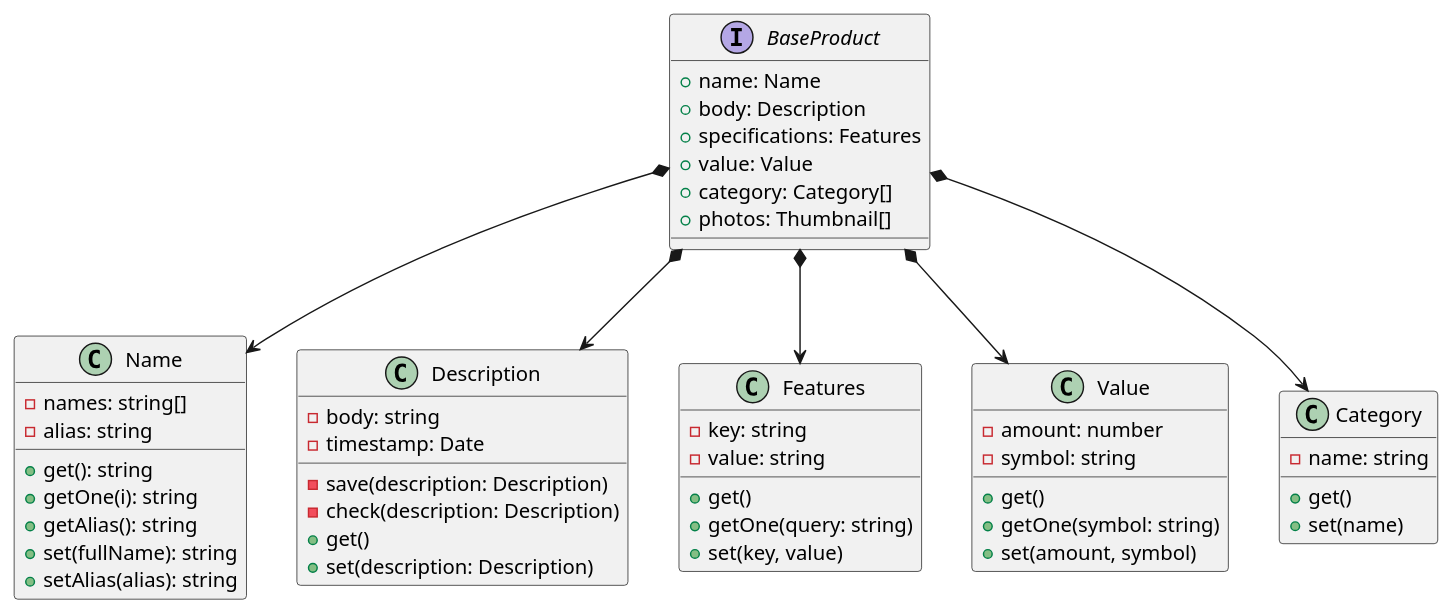
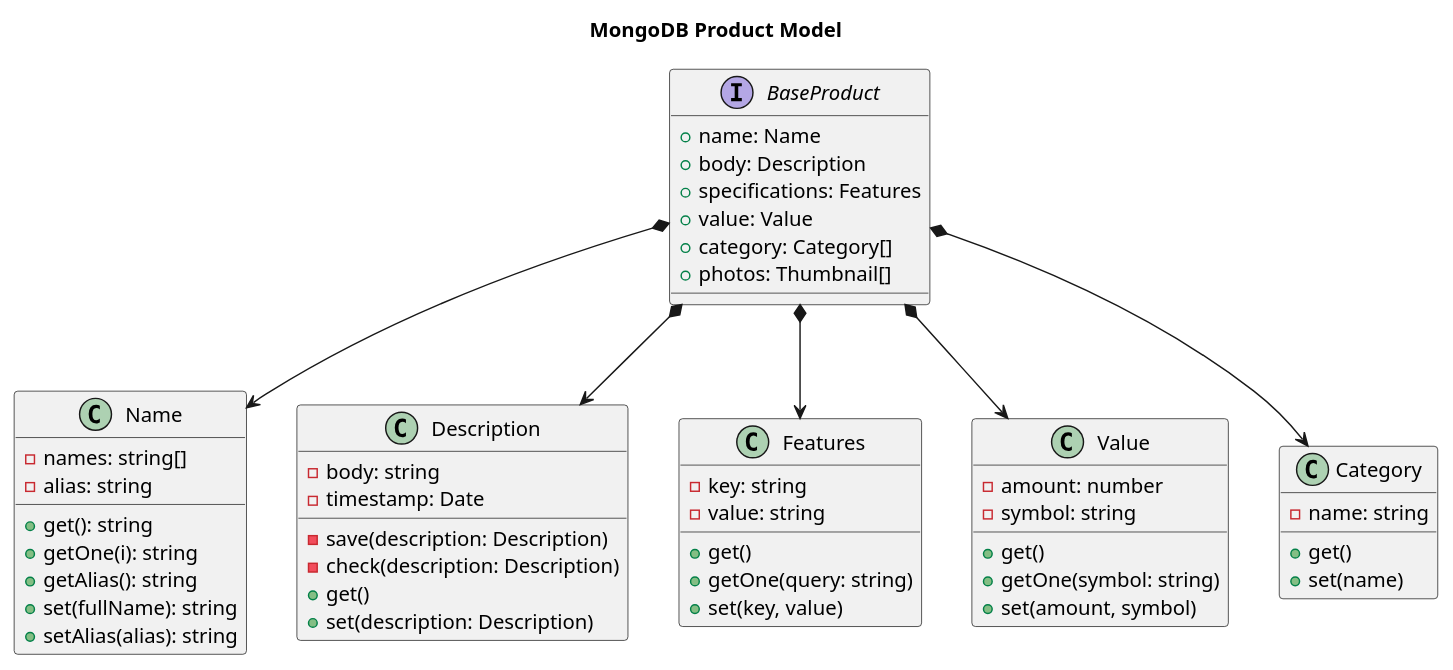
Before and after one commit to Chiqui1234ok/lions-app: the diagram in back/uml/Product.puml, drawn with PlantUML.

Commit message:
added title

```diff
--- a/back/uml/Product.puml
+++ b/back/uml/Product.puml
@@ -1,62 +1,64 @@
 @startuml
+
+title MongoDB Product Model
 
 interface BaseProduct {
     + name: Name
     + body: Description
     + specifications: Features
     + value: Value
     + category: Category[]
     + photos: Thumbnail[]
 }
 
 class Name {
     - names: string[]
     - alias: string
     + get(): string
     + getOne(i): string
     + getAlias(): string
     + set(fullName): string
     + setAlias(alias): string
 }
 
 class Description {
     - body: string
     - timestamp: Date
     - save(description: Description)
     - check(description: Description)
     + get()
     + set(description: Description)
 }
 
 class Features {
     - key: string
     - value: string
     + get()
     + getOne(query: string)
     + set(key, value)
 }
 
 class Value {
     - amount: number
     - symbol: string
     + get()
     + getOne(symbol: string)
     + set(amount, symbol)
 }
 
 class Category {
     - name: string
     + get()
     + set(name)
 }
 
 ' Composition
 BaseProduct *--> Name
 BaseProduct *--> Description
 BaseProduct *--> Features
 BaseProduct *--> Value
 BaseProduct *--> Category
 
 ' Notes
 
 @enduml
```
